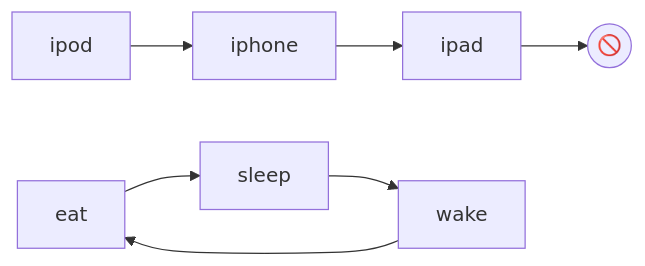
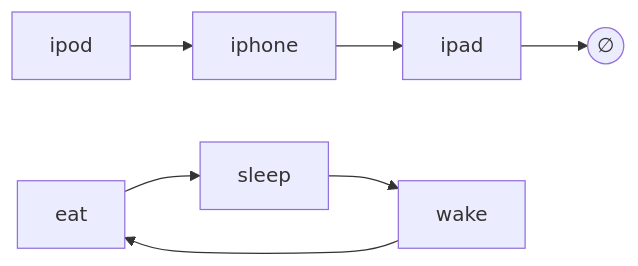
Before and after one commit to raganwald/raganwald.github.com: the second of 17 diagrams in _posts/2026-02-15-nuralagus-rex.md, drawn with Mermaid. The commit also changed other lines of this file, not shown here.

```diff
--- a/_posts/2026-02-15-nuralagus-rex.md
+++ b/_posts/2026-02-15-nuralagus-rex.md
@@ -35,6 +37,6 @@
 <div class="mermaid">
   graph LR
-    ipod-->iphone-->ipad-->Empty(("🚫"))
+    ipod-->iphone-->ipad-->Empty(("∅"))
 
     eat-->sleep-->wake-->eat
 </div>
```
